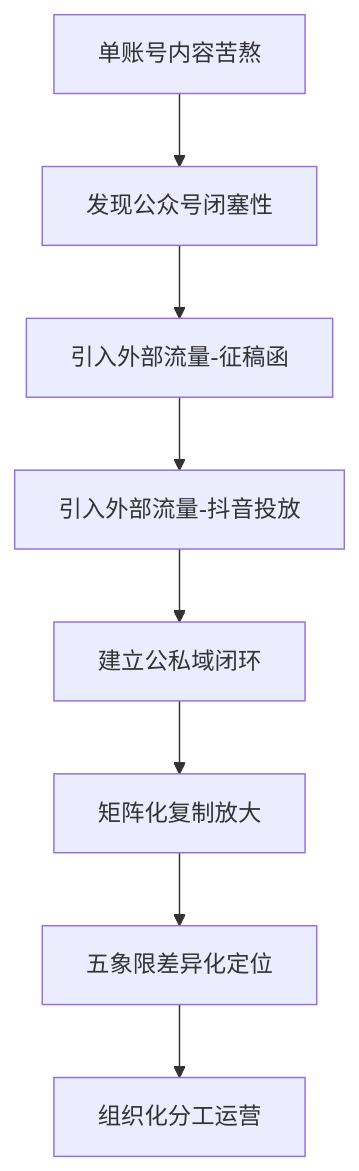
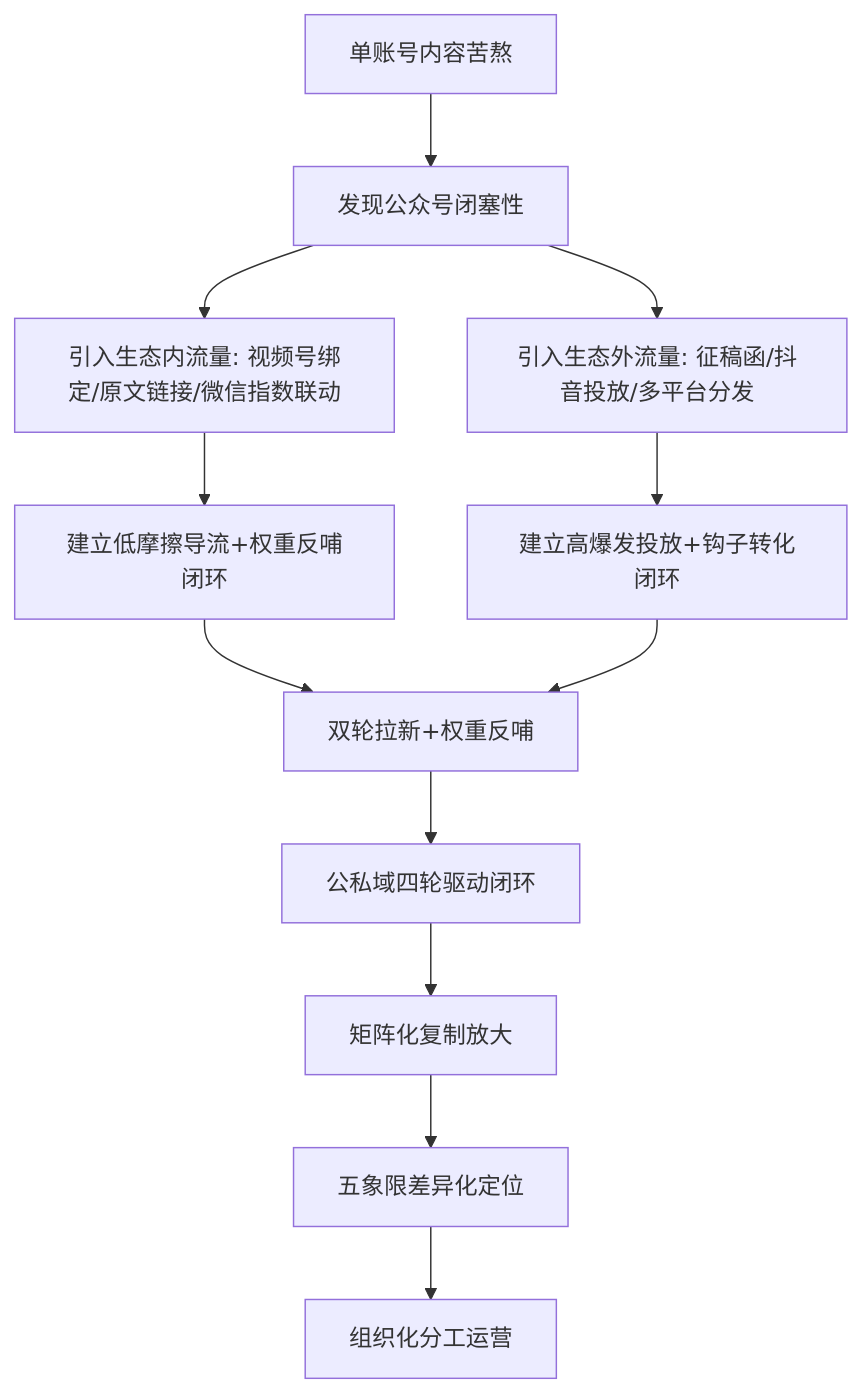
The first of 9 diagrams in docs/202305_paper2textbook/chapter_041.md (OpenDocCN1/flygon-zhuanqian-zhoubao), drawn with Mermaid before and after one commit. The commit also changed other lines of this file and 1 other file, not shown here.

````diff
--- a/docs/202305_paper2textbook/chapter_041.md
+++ b/docs/202305_paper2textbook/chapter_041.md
@@ -119,10 +139,12 @@
 ```mermaid
 graph TD
     A[单账号内容苦熬] --> B[发现公众号闭塞性]
-    B --> C[引入外部流量-征稿函]
-    C --> D[引入外部流量-抖音投放]
-    D --> E[建立公私域闭环]
-    E --> F[矩阵化复制放大]
-    F --> G[五象限差异化定位]
-    G --> H[组织化分工运营]
+    B --> C1[引入生态内流量: 视频号绑定/原文链接/微信指数联动] --> D1[建立低摩擦导流+权重反哺闭环]
+    B --> C2[引入生态外流量: 征稿函/抖音投放/多平台分发] --> D2[建立高爆发投放+钩子转化闭环]
+    D1 --> E[双轮拉新+权重反哺]
+    D2 --> E
+    E --> F[公私域四轮驱动闭环]
+    F --> G[矩阵化复制放大]
+    G --> H[五象限差异化定位]
+    H --> I[组织化分工运营]
 ```
````
